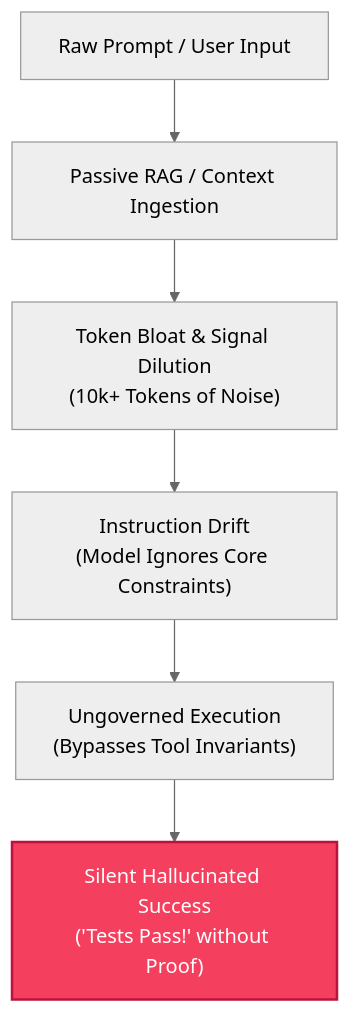
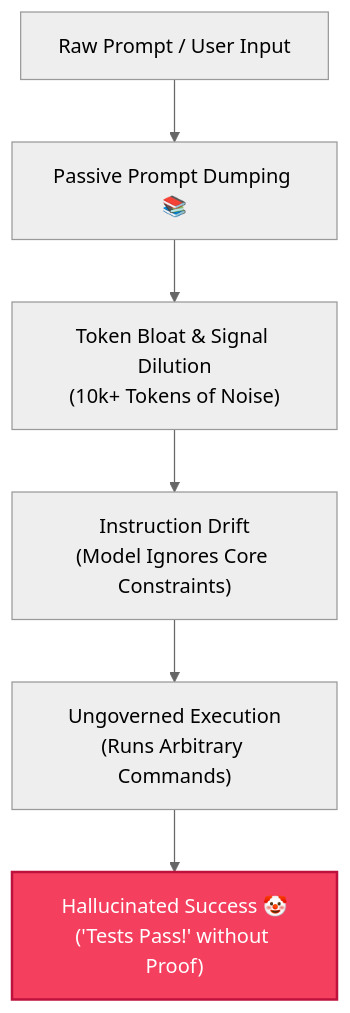
Before and after one commit to abhiudayg/abhiudayg: the first of 3 diagrams in src/content/blog/agent-brain-the-architectural-pivot-and-runtime.md, drawn with Mermaid (neutral theme). The commit also changed other lines of this file and 12 other files, not shown here.

````diff
--- a/src/content/blog/agent-brain-the-architectural-pivot-and-runtime.md
+++ b/src/content/blog/agent-brain-the-architectural-pivot-and-runtime.md
@@ -23,10 +28,10 @@
 ```mermaid
 flowchart TD
-    A["Raw Prompt / User Input"] --> B["Passive RAG / Context Ingestion"]
+    A["Raw Prompt / User Input"] --> B["Passive Prompt Dumping 📚"]
     B --> C["Token Bloat & Signal Dilution\n(10k+ Tokens of Noise)"]
     C --> D["Instruction Drift\n(Model Ignores Core Constraints)"]
-    D --> E["Ungoverned Execution\n(Bypasses Tool Invariants)"]
-    E --> F["Silent Hallucinated Success\n('Tests Pass!' without Proof)"]
+    D --> E["Ungoverned Execution\n(Runs Arbitrary Commands)"]
+    E --> F["Hallucinated Success 🤡\n('Tests Pass!' without Proof)"]
     
     style F fill:#f43f5e,stroke:#be123c,stroke-width:2px,color:#fff
 ```
````
